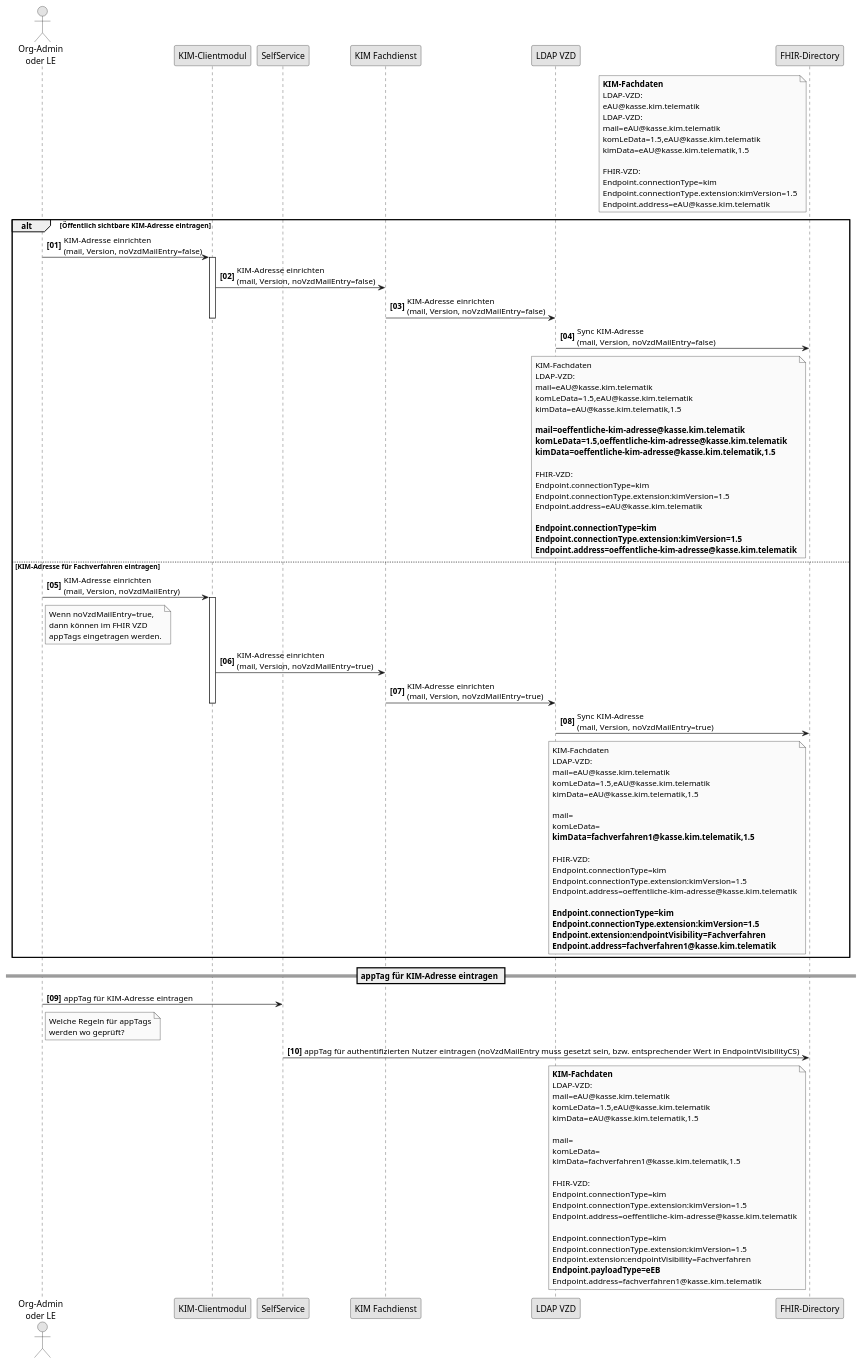
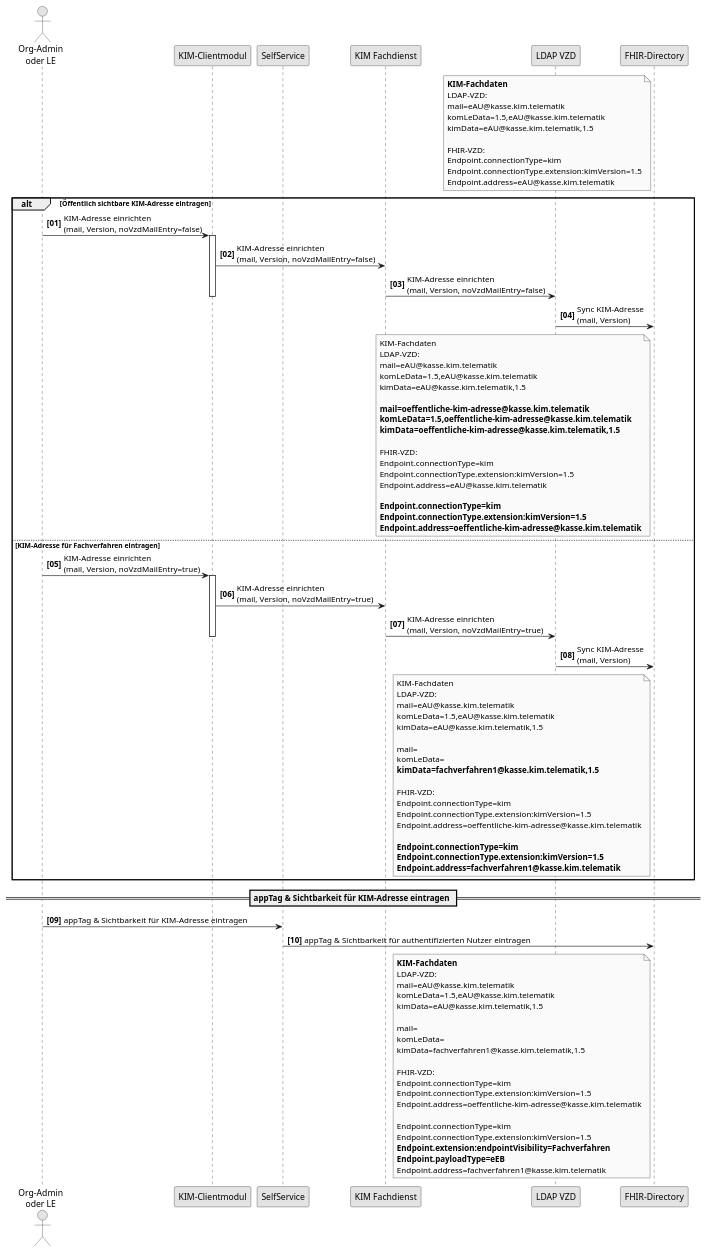
One commit to gematik/api-vzd changed the diagram in src/plantuml/kim16/SequenceDiagram.KIM.16Kassen.puml. Above: the diagram before and after it, drawn with PlantUML.

```diff
--- a/src/plantuml/kim16/SequenceDiagram.KIM.16Kassen.puml
+++ b/src/plantuml/kim16/SequenceDiagram.KIM.16Kassen.puml
@@ -1,128 +1,120 @@
 @startuml
 skinparam dpi 100
 skinparam WrapWidth 200
 skinparam monochrome true
 autonumber "<b>[00]"
 
 'title "Zusätzliche KIM-Adressen für Kassen"
 actor o as "Org-Admin\noder LE"
 participant cl as "KIM-Clientmodul"
 participant ssp as "SelfService"
 participant kimfd as "KIM Fachdienst"
 participant ldap as "LDAP VZD"
 participant fd as "FHIR-Directory"
 
 note left of fd 
 <b>KIM-Fachdaten
-LDAP-VZD: eAU@kasse.kim.telematik
 LDAP-VZD:
 mail=eAU@kasse.kim.telematik
 komLeData=1.5,eAU@kasse.kim.telematik
 kimData=eAU@kasse.kim.telematik,1.5
 
 FHIR-VZD:
 Endpoint.connectionType=kim
 Endpoint.connectionType.extension:kimVersion=1.5
 Endpoint.address=eAU@kasse.kim.telematik
 end note
 
 alt Öffentlich sichtbare KIM-Adresse eintragen
 
 o -> cl: KIM-Adresse einrichten\n(mail, Version, noVzdMailEntry=false)
 activate cl
 cl -> kimfd: KIM-Adresse einrichten\n(mail, Version, noVzdMailEntry=false)
 kimfd -> ldap: KIM-Adresse einrichten\n(mail, Version, noVzdMailEntry=false)
 deactivate cl
 
-ldap -> fd: Sync KIM-Adresse\n(mail, Version, noVzdMailEntry=false)
+ldap -> fd: Sync KIM-Adresse\n(mail, Version)
 
 note left of fd 
 KIM-Fachdaten
 LDAP-VZD:
 mail=eAU@kasse.kim.telematik
 komLeData=1.5,eAU@kasse.kim.telematik
 kimData=eAU@kasse.kim.telematik,1.5
 
 <b>mail=oeffentliche-kim-adresse@kasse.kim.telematik
 <b>komLeData=1.5,oeffentliche-kim-adresse@kasse.kim.telematik
 <b>kimData=oeffentliche-kim-adresse@kasse.kim.telematik,1.5
 
 FHIR-VZD:
 Endpoint.connectionType=kim
 Endpoint.connectionType.extension:kimVersion=1.5
 Endpoint.address=eAU@kasse.kim.telematik
 
 <b>Endpoint.connectionType=kim
 <b>Endpoint.connectionType.extension:kimVersion=1.5
 <b>Endpoint.address=oeffentliche-kim-adresse@kasse.kim.telematik
 end note
 
 else KIM-Adresse für Fachverfahren eintragen 
 
-o -> cl: KIM-Adresse einrichten\n(mail, Version, noVzdMailEntry)
+o -> cl: KIM-Adresse einrichten\n(mail, Version, noVzdMailEntry=true)
 activate cl
-note right of o 
-Wenn noVzdMailEntry=true, dann können im FHIR VZD appTags eingetragen werden.
-end note
 cl -> kimfd: KIM-Adresse einrichten\n(mail, Version, noVzdMailEntry=true)
 kimfd -> ldap: KIM-Adresse einrichten\n(mail, Version, noVzdMailEntry=true)
 deactivate cl
 
-ldap -> fd: Sync KIM-Adresse\n(mail, Version, noVzdMailEntry=true)
+ldap -> fd: Sync KIM-Adresse\n(mail, Version)
 
 note left of fd 
 KIM-Fachdaten
 LDAP-VZD:
 mail=eAU@kasse.kim.telematik
 komLeData=1.5,eAU@kasse.kim.telematik
 kimData=eAU@kasse.kim.telematik,1.5
 
 mail=
 komLeData=
 <b>kimData=fachverfahren1@kasse.kim.telematik,1.5
 
 FHIR-VZD:
 Endpoint.connectionType=kim
 Endpoint.connectionType.extension:kimVersion=1.5
 Endpoint.address=oeffentliche-kim-adresse@kasse.kim.telematik
 
 <b>Endpoint.connectionType=kim
 <b>Endpoint.connectionType.extension:kimVersion=1.5
-<b>Endpoint.extension:endpointVisibility=Fachverfahren
 <b>Endpoint.address=fachverfahren1@kasse.kim.telematik
 end note
 
 end
 
-== appTag für KIM-Adresse eintragen ==
+== appTag & Sichtbarkeit für KIM-Adresse eintragen ==
 
-o -> ssp: appTag für KIM-Adresse eintragen
-note right of o 
-Welche Regeln für appTags werden wo geprüft?
-end note
-ssp -> fd: appTag für authentifizierten Nutzer eintragen (noVzdMailEntry muss gesetzt sein, bzw. entsprechender Wert in EndpointVisibilityCS)
+o -> ssp: appTag & Sichtbarkeit für KIM-Adresse eintragen
+ssp -> fd: appTag & Sichtbarkeit für authentifizierten Nutzer eintragen
 
 note left of fd 
 <b>KIM-Fachdaten</b>
 LDAP-VZD:
 mail=eAU@kasse.kim.telematik
 komLeData=1.5,eAU@kasse.kim.telematik
 kimData=eAU@kasse.kim.telematik,1.5
 
 mail=
 komLeData=
 kimData=fachverfahren1@kasse.kim.telematik,1.5
 
 FHIR-VZD:
 Endpoint.connectionType=kim
 Endpoint.connectionType.extension:kimVersion=1.5
 Endpoint.address=oeffentliche-kim-adresse@kasse.kim.telematik
 
 Endpoint.connectionType=kim
 Endpoint.connectionType.extension:kimVersion=1.5
-Endpoint.extension:endpointVisibility=Fachverfahren
+<b>Endpoint.extension:endpointVisibility=Fachverfahren
 <b>Endpoint.payloadType=eEB</b>
 Endpoint.address=fachverfahren1@kasse.kim.telematik
 end note
 
 @enduml
```
